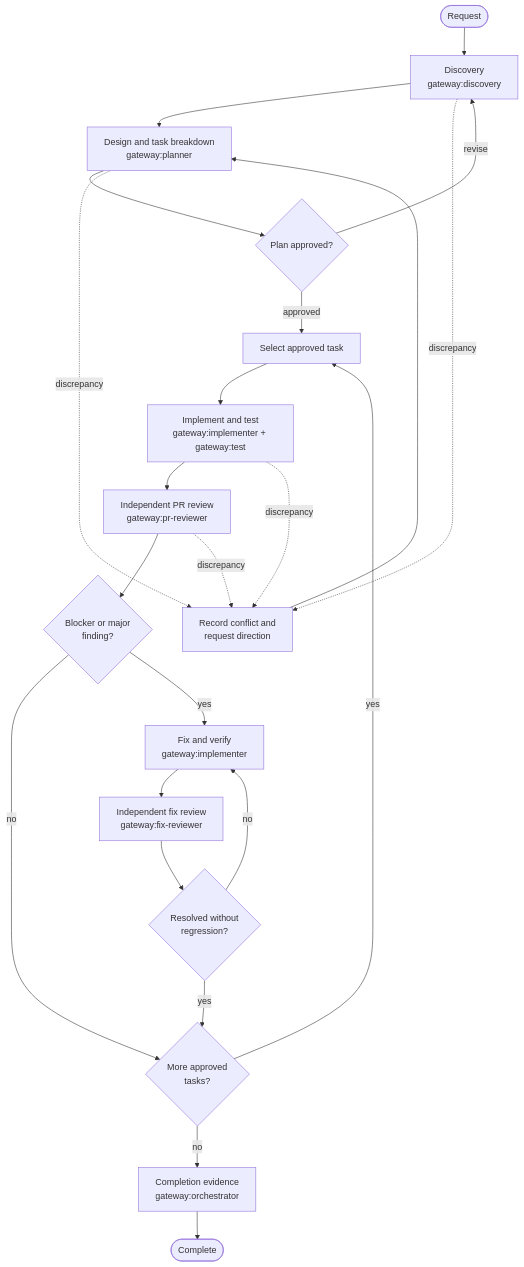
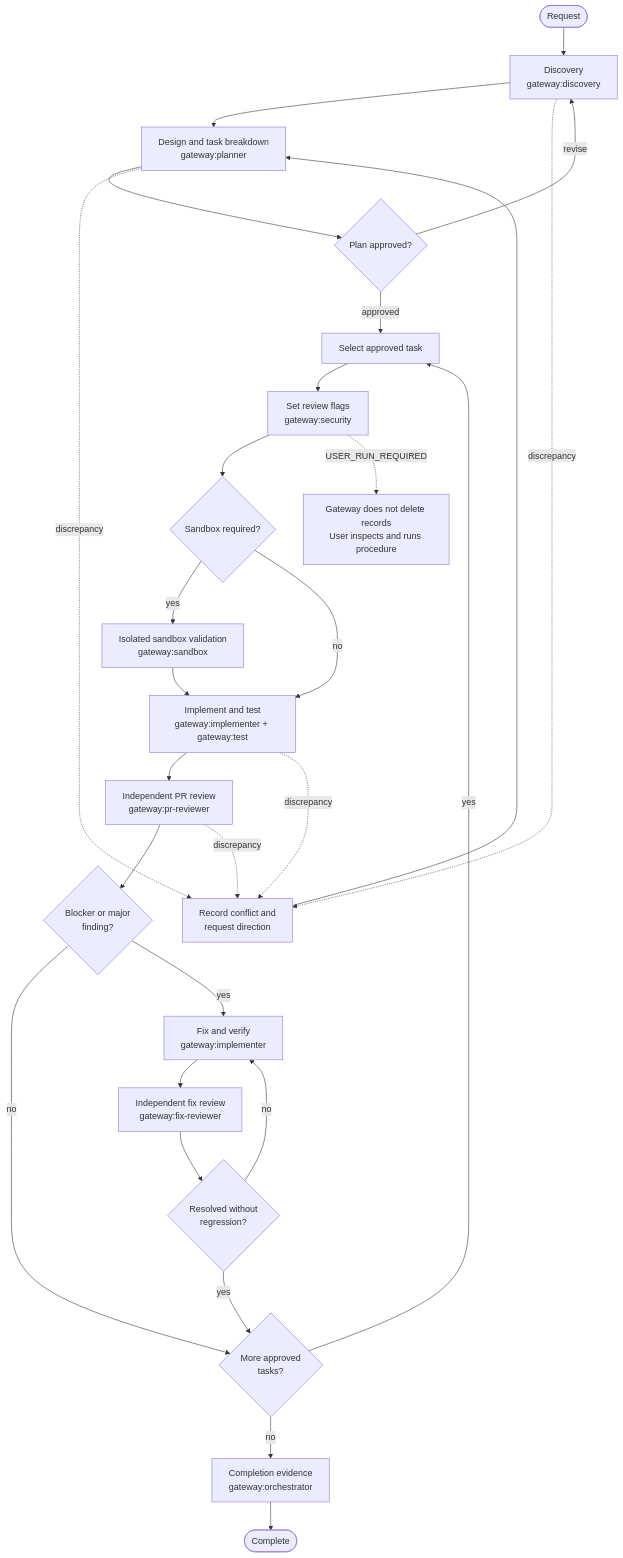
One commit to cmsamota/gateway changed the diagram in README.md. Above: the diagram before and after it, drawn with Mermaid. The commit also changed other lines of this file and 4 other files, not shown here.

Commit message:
Add sandbox and data safety review gates

````diff
--- a/README.md
+++ b/README.md
@@ -36,27 +38,32 @@
 ```mermaid
 flowchart TD
     start([Request]) --> discovery[Discovery\ngateway:discovery]
     discovery --> plan[Design and task breakdown\ngateway:planner]
     plan --> approval{Plan approved?}
     approval -- revise --> discovery
     approval -- approved --> task[Select approved task]
 
-    task --> implement[Implement and test\ngateway:implementer + gateway:test]
+    task --> flags[Set review flags\ngateway:security]
+    flags --> sandbox{Sandbox required?}
+    sandbox -- yes --> isolated[Isolated sandbox validation\ngateway:sandbox]
+    sandbox -- no --> implement[Implement and test\ngateway:implementer + gateway:test]
+    isolated --> implement
     implement --> review[Independent PR review\ngateway:pr-reviewer]
     review --> findings{Blocker or major\nfinding?}
     findings -- no --> next{More approved\ntasks?}
     findings -- yes --> fix[Fix and verify\ngateway:implementer]
     fix --> fixReview[Independent fix review\ngateway:fix-reviewer]
     fixReview --> resolved{Resolved without\nregression?}
     resolved -- no --> fix
     resolved -- yes --> next
     next -- yes --> task
     next -- no --> complete[Completion evidence\ngateway:orchestrator]
     complete --> done([Complete])
 
     discovery -. discrepancy .-> discrepancy[Record conflict and\nrequest direction]
     plan -. discrepancy .-> discrepancy
     implement -. discrepancy .-> discrepancy
     review -. discrepancy .-> discrepancy
     discrepancy --> plan
+    flags -. USER_RUN_REQUIRED .-> userRun[Gateway does not delete records\nUser inspects and runs procedure]
 ```
````
